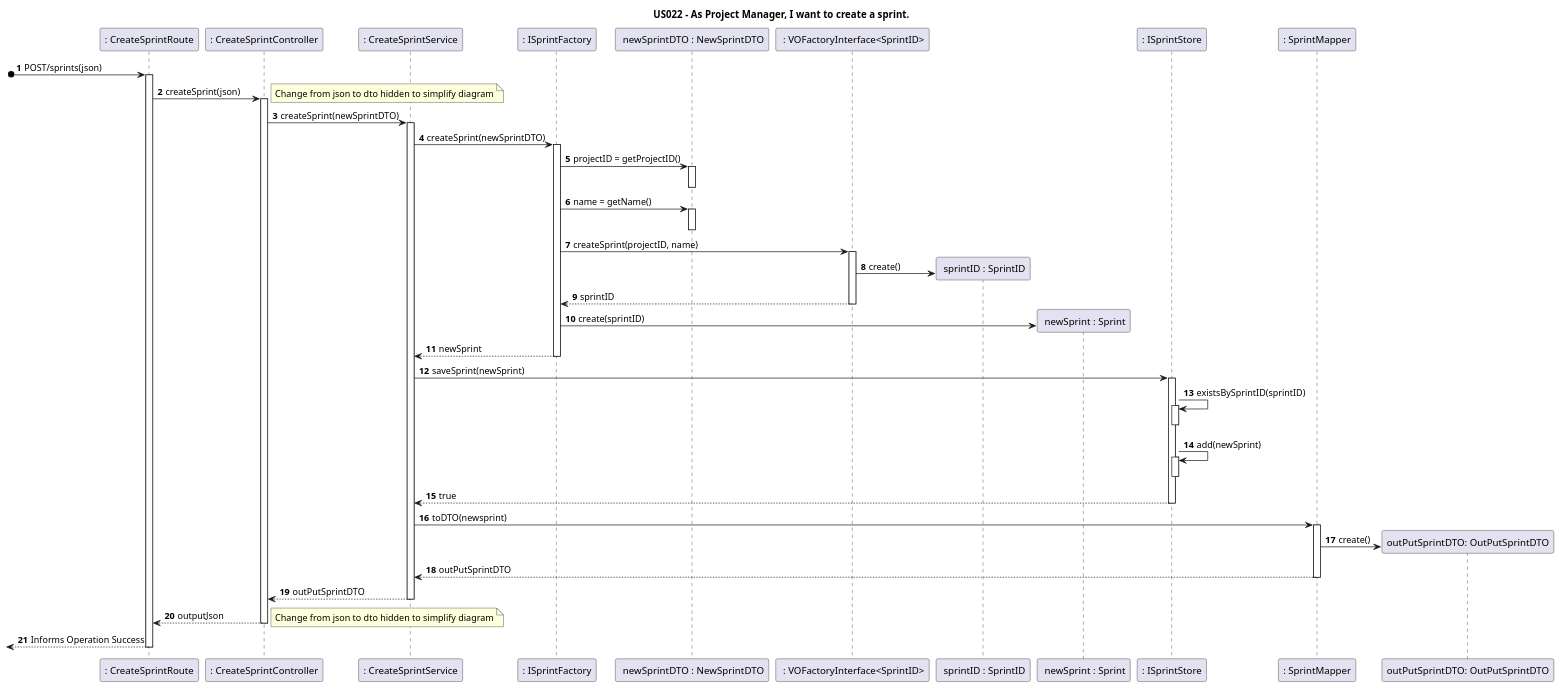
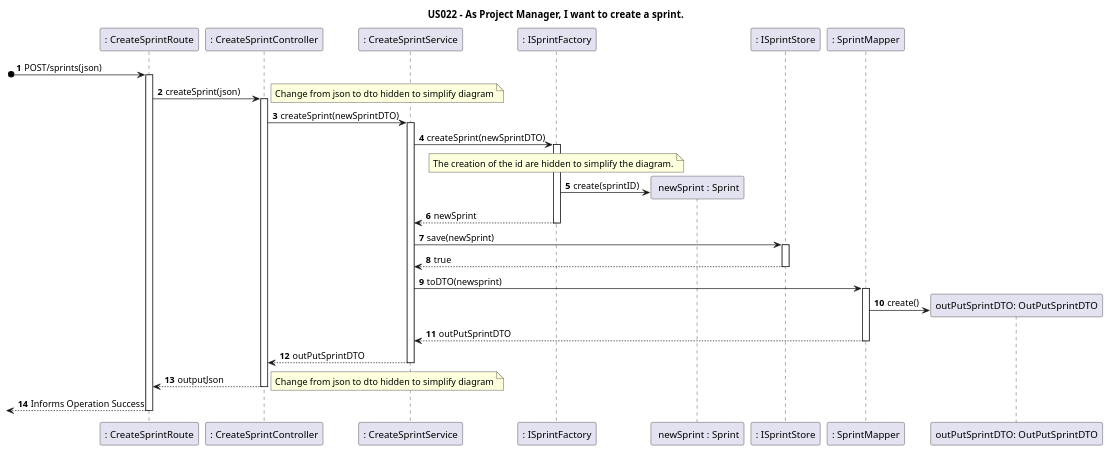
One commit to nunogon1211787/projectManagement changed the diagram in docs/Sprint2/US022/US022-SD-Reengenharia.puml. Above: the diagram before and after it, drawn with PlantUML. The commit also changed 89 other files, not shown here.

```diff
--- a/docs/Sprint2/US022/US022-SD-Reengenharia.puml
+++ b/docs/Sprint2/US022/US022-SD-Reengenharia.puml
@@ -1,52 +1,53 @@
 @startuml
 
 title US022 - As Project Manager, I want to create a sprint.
 
 autoactivate on
 autonumber
 
 participant ": CreateSprintRoute" as UI
 participant ": CreateSprintController" as Ctrl
 participant ": CreateSprintService" as createSprintService
 participant ": ISprintFactory" as sprintFactory
-participant " newSprintDTO : NewSprintDTO" as sprintDTO
-participant " : VOFactoryInterface<SprintID>" as voSprint
-participant " sprintID : SprintID" as sprintID
+'participant " newSprintDTO : NewSprintDTO" as sprintDTO
+'participant " : VOFactoryInterface<SprintID>" as voSprint
+'participant " sprintID : SprintID" as sprintID
 participant " newSprint : Sprint" as sprint
 participant ": ISprintStore" as sprintStore
 participant ": SprintMapper" as sprintMapper
 participant "outPutSprintDTO: OutPutSprintDTO" as outPutSprintDTO
 
 
 [o-> UI: POST/sprints(json)
 UI -> Ctrl: createSprint(json)
 note right
 Change from json to dto hidden to simplify diagram
 end note
 Ctrl -> createSprintService: createSprint(newSprintDTO)
 createSprintService -> sprintFactory: createSprint(newSprintDTO)
-sprintFactory -> sprintDTO: projectID = getProjectID()
-deactivate
-sprintFactory -> sprintDTO: name = getName()
-deactivate
-sprintFactory -> voSprint: createSprint(projectID, name)
-voSprint -> sprintID**: create()
-voSprint --> sprintFactory: sprintID
+'sprintFactory -> sprintDTO: projectID = getProjectID()
+'deactivate
+'sprintFactory -> sprintDTO: name = getName()
+'deactivate
+'sprintFactory -> voSprint: createSprint(projectID, name)
+note over sprintFactory : The creation of the id are hidden to simplify the diagram.
+'voSprint -> sprintID**: create()
+'voSprint --> sprintFactory: sprintID
 sprintFactory -> sprint**: create(sprintID)
 sprintFactory --> createSprintService: newSprint
-createSprintService -> sprintStore: saveSprint(newSprint)
-sprintStore -> sprintStore: existsBySprintID(sprintID)
-deactivate
-sprintStore -> sprintStore: add(newSprint)
-deactivate
+createSprintService -> sprintStore: save(newSprint)
+'sprintStore -> sprintStore: existsBySprintID(sprintID)
+'deactivate
+'sprintStore -> sprintStore: add(newSprint)
+'deactivate
 sprintStore --> createSprintService: true
 createSprintService -> sprintMapper: toDTO(newsprint)
 sprintMapper -> outPutSprintDTO**: create()
 sprintMapper --> createSprintService: outPutSprintDTO
 createSprintService --> Ctrl: outPutSprintDTO
 Ctrl --> UI: outputJson
 note right
 Change from json to dto hidden to simplify diagram
 end note
 [<--UI : Informs Operation Success
 @enduml
```
